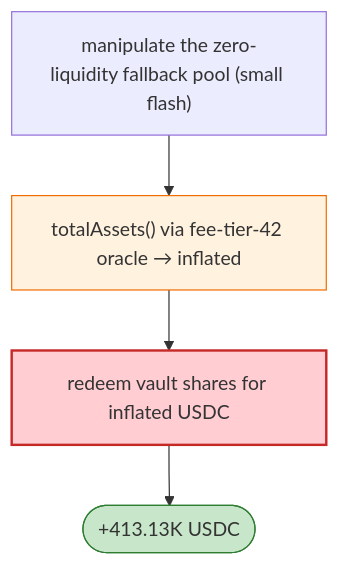
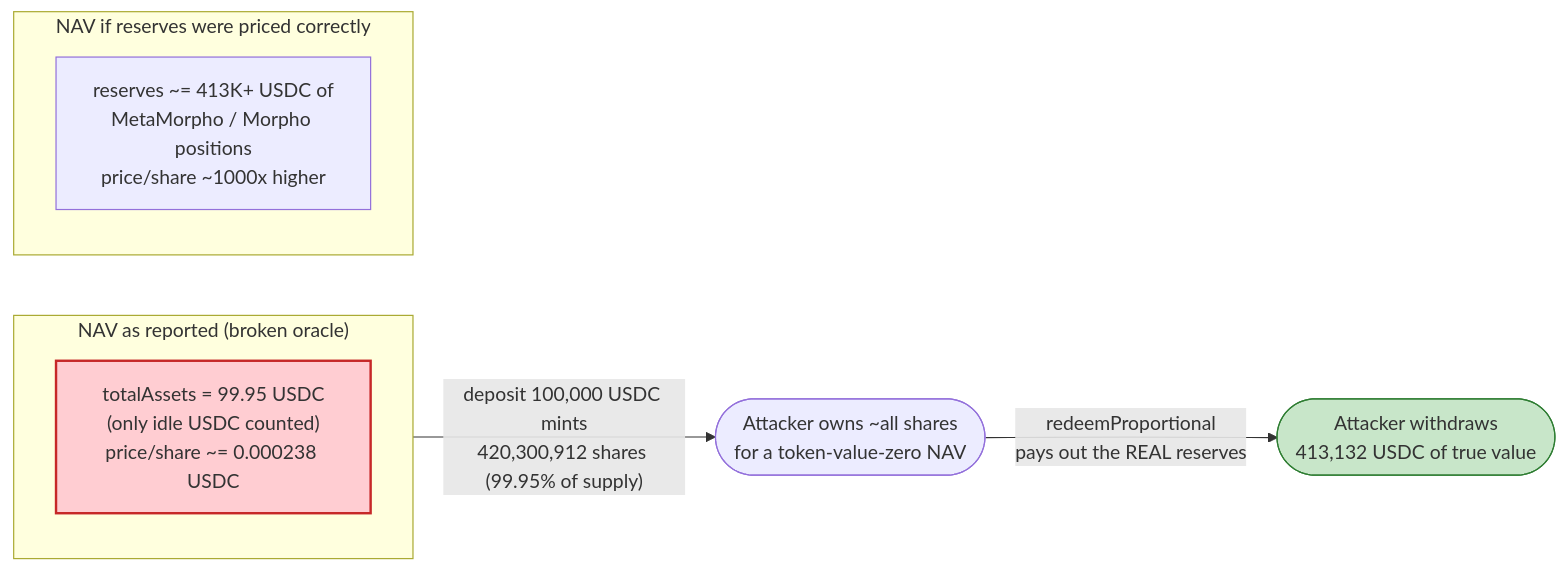
One commit to sanbir/evm-hack-registry changed the fourth of 4 diagrams in 2026-04-SingularityDynaVault_exp/SingularityDynaVault_exp.md. Above: the diagram before and after it, drawn with Mermaid. The commit also changed other lines of this file and 32 other files, not shown here.

````diff
--- a/2026-04-SingularityDynaVault_exp/SingularityDynaVault_exp.md
+++ b/2026-04-SingularityDynaVault_exp/SingularityDynaVault_exp.md
@@ -41,10 +402,14 @@
 ```mermaid
-flowchart TD
-    M["manipulate the zero-liquidity fallback pool (small flash)"] --> TA["totalAssets() via fee-tier-42 oracle → inflated"]
-    TA --> RD["redeem vault shares for inflated USDC"]
-    RD --> OUT(["+413.13K USDC"])
+flowchart LR
+    subgraph Reported["NAV as reported (broken oracle)"]
+        B["totalAssets = 99.95 USDC<br/>(only idle USDC counted)<br/>price/share ~= 0.000238 USDC"]
+    end
+    subgraph Real["NAV if reserves were priced correctly"]
+        R["reserves ~= 413K+ USDC of<br/>MetaMorpho / Morpho positions<br/>price/share ~1000x higher"]
+    end
+    Reported -->|"deposit 100,000 USDC mints<br/>420,300,912 shares (99.95% of supply)"| Mint(["Attacker owns ~all shares<br/>for a token-value-zero NAV"])
+    Mint -->|"redeemProportional<br/>pays out the REAL reserves"| Drain(["Attacker withdraws<br/>413,132 USDC of true value"])
 
-    style TA fill:#fff3e0,stroke:#ef6c00
-    style RD fill:#ffcdd2,stroke:#c62828,stroke-width:2px
-    style OUT fill:#c8e6c9,stroke:#2e7d32
+    style B fill:#ffcdd2,stroke:#c62828,stroke-width:2px
+    style Drain fill:#c8e6c9,stroke:#2e7d32
 ```
````
